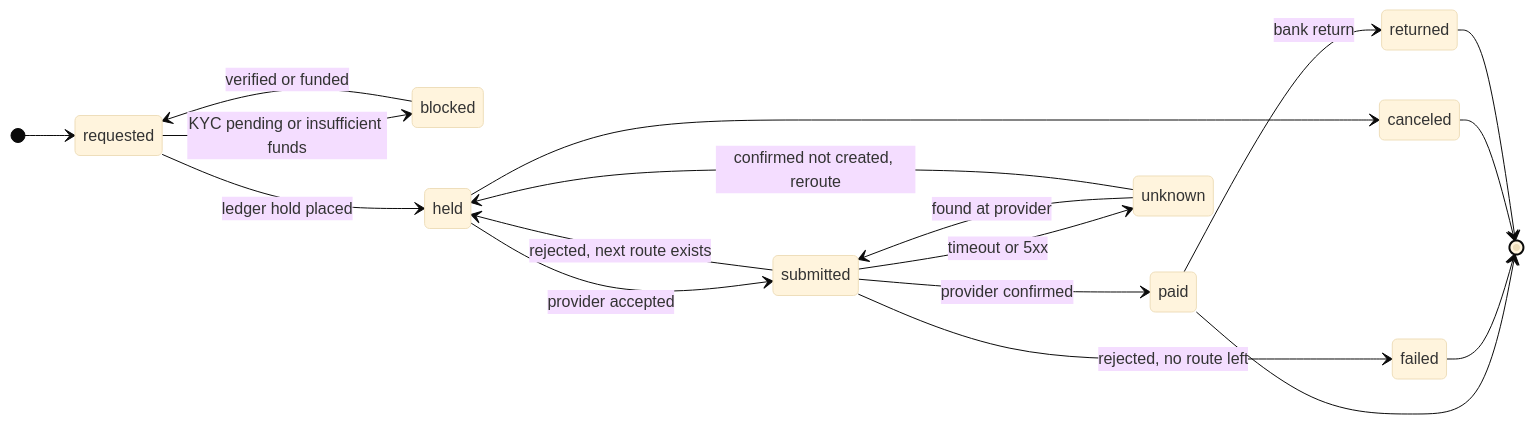
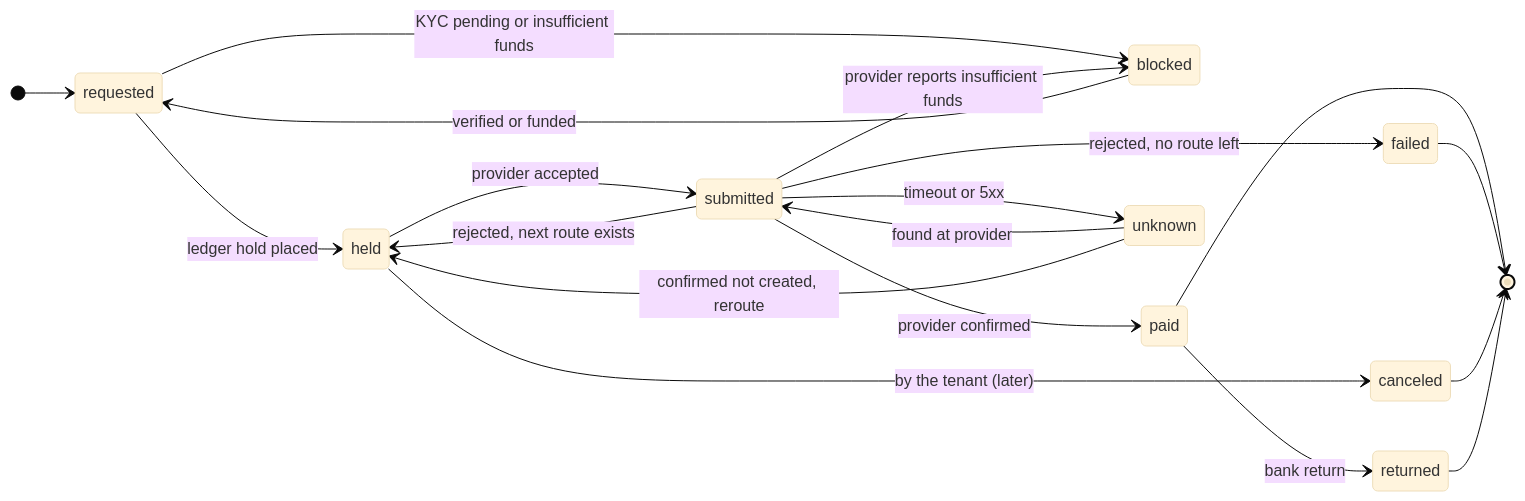
Before and after one commit to gabrielroriz/payout-orchestrator: the second of 2 diagrams in docs/02-design.md, drawn with Mermaid (base theme). The commit also changed other lines of this file and 3 other files, not shown here.

````diff
--- a/docs/02-design.md
+++ b/docs/02-design.md
@@ -134,21 +138,22 @@
 ```mermaid
 stateDiagram-v2
     direction LR
     [*] --> requested
     requested --> blocked: KYC pending or insufficient funds
     blocked --> requested: verified or funded
     requested --> held: ledger hold placed
-    held --> canceled
+    held --> canceled: by the tenant (later)
     held --> submitted: provider accepted
     submitted --> paid: provider confirmed
     submitted --> unknown: timeout or 5xx
     unknown --> submitted: found at provider
     unknown --> held: confirmed not created, reroute
     submitted --> held: rejected, next route exists
     submitted --> failed: rejected, no route left
+    submitted --> blocked: provider reports insufficient funds
     paid --> returned: bank return
     paid --> [*]
     failed --> [*]
     canceled --> [*]
     returned --> [*]
 ```
````
